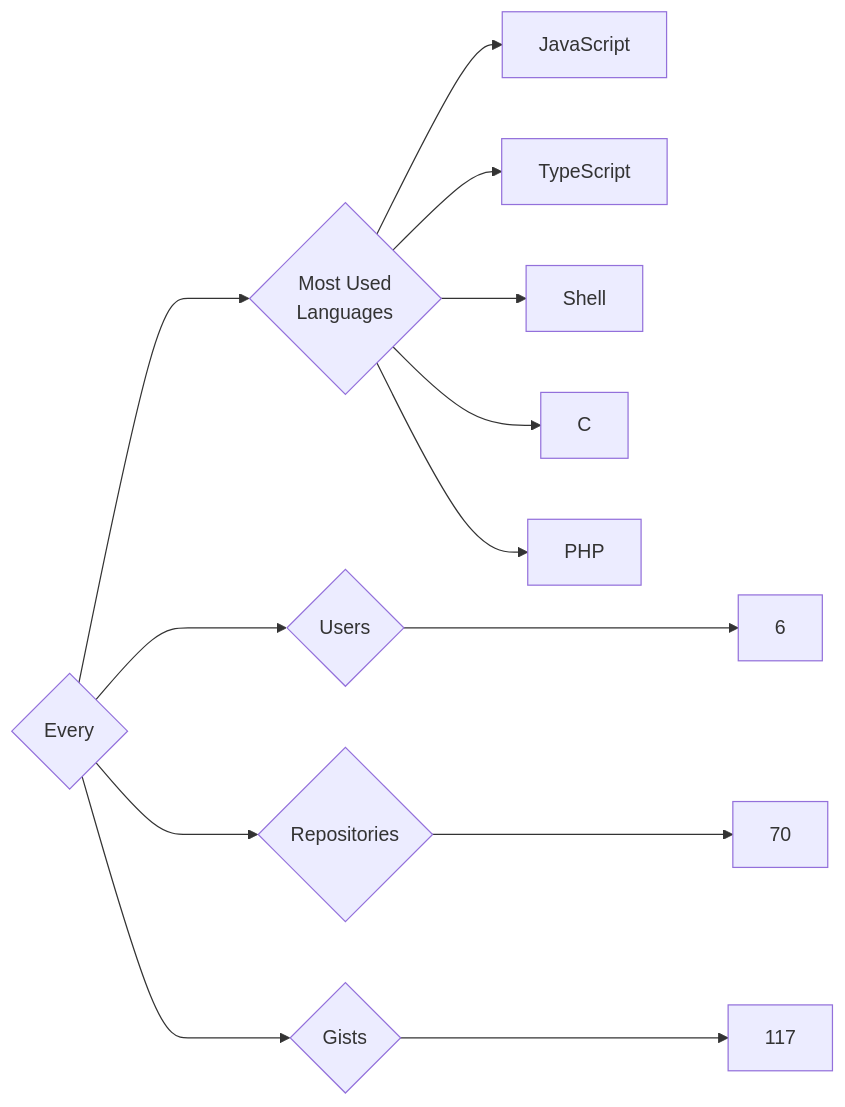
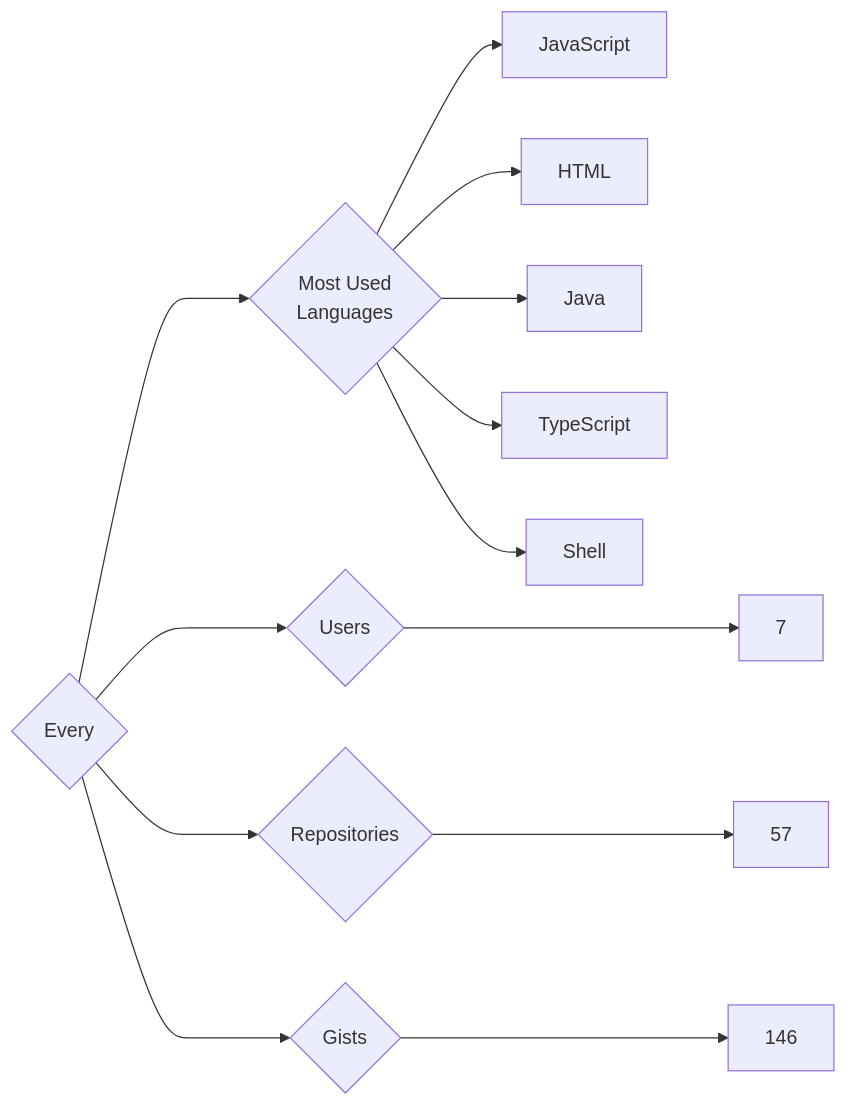
Before and after one commit to trickest/insiders: the diagram in targets/Every/README.md, drawn with Mermaid. The commit also changed 1212 other files, not shown here.

````diff
--- a/targets/Every/README.md
+++ b/targets/Every/README.md
@@ -3,13 +3,13 @@
 ```mermaid
 graph LR
 COMPANY_NAME{Every}
-COMPANY_NAME ---> U{Users} ---> UN[6]
-COMPANY_NAME ---> R{Repositories} ---> RN[70]
-COMPANY_NAME ---> G{Gists} ---> GN[117]
+COMPANY_NAME ---> U{Users} ---> UN[7]
+COMPANY_NAME ---> R{Repositories} ---> RN[57]
+COMPANY_NAME ---> G{Gists} ---> GN[146]
 COMPANY_NAME ---> ML{Most Used<br>Languages}
 ML --> JavaScript[JavaScript]
+ML --> HTML[HTML]
+ML --> Java[Java]
 ML --> TypeScript[TypeScript]
 ML --> Shell[Shell]
-ML --> C[C]
-ML --> PHP[PHP]
 ```
````
